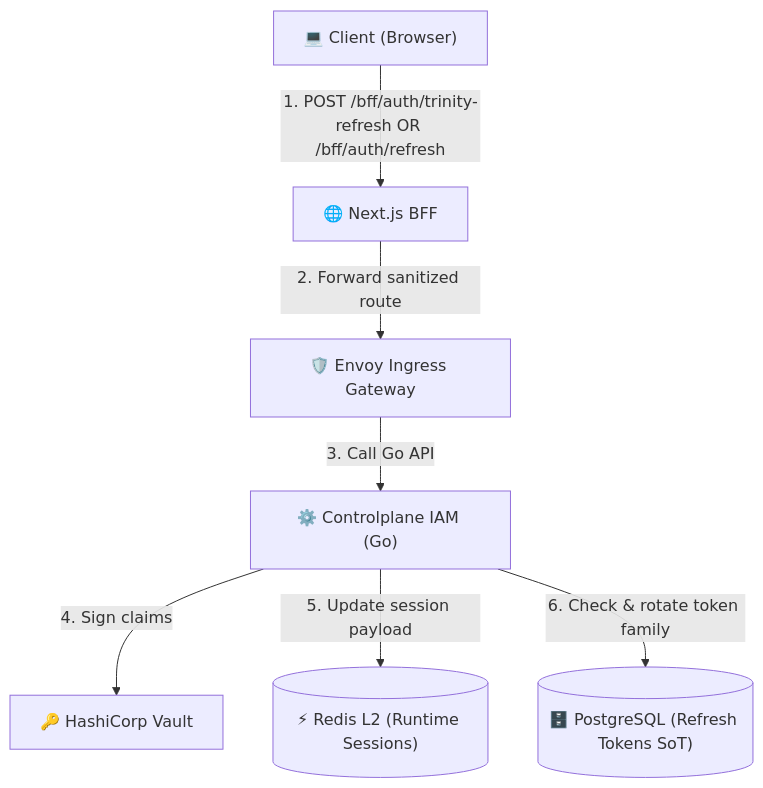
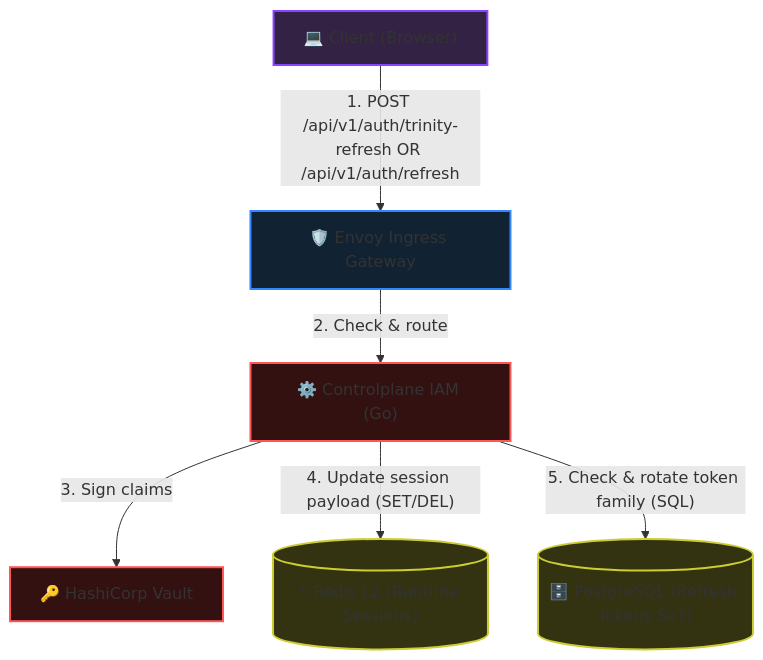
Before and after one commit to phucle996/aurora: the first of 3 diagrams in god_view/iam/user_refresh_god_view_workflow.md, drawn with Mermaid. The commit also changed other lines of this file and 62 other files, not shown here.

Commit message:
feat: integrate control plane client into ACL service and modularize authentication flows with dynamic bypass support

````diff
--- a/god_view/iam/user_refresh_god_view_workflow.md
+++ b/god_view/iam/user_refresh_god_view_workflow.md
@@ -34,17 +29,21 @@
 ```mermaid
 graph TD
-    Client["💻 Client (Browser)"]
-    BFF["🌐 Next.js BFF"]
-    Envoy["🛡️ Envoy Ingress Gateway"]
-    CP["⚙️ Controlplane IAM (Go)"]
-    Vault["🔑 HashiCorp Vault"]
-    Redis[("⚡ Redis L2 (Runtime Sessions)")]
-    DB[("🗄️ PostgreSQL (Refresh Tokens SoT)")]
+    classDef client fill:#332244,stroke:#8844ff,stroke-width:2px;
+    classDef gateway fill:#112233,stroke:#3388ff,stroke-width:2px;
+    classDef edgeService fill:#113322,stroke:#33cc88,stroke-width:2px;
+    classDef storage fill:#333311,stroke:#cccc33,stroke-width:2px;
+    classDef control fill:#331111,stroke:#ff5555,stroke-width:2px;
 
-    Client -- "1. POST /bff/auth/trinity-refresh OR /bff/auth/refresh" --> BFF
-    BFF -- "2. Forward sanitized route" --> Envoy
-    Envoy -- "3. Call Go API" --> CP
-    CP -- "4. Sign claims" --> Vault
-    CP -- "5. Update session payload" --> Redis
-    CP -- "6. Check & rotate token family" --> DB
+    Client["💻 Client (Browser)"]:::client
+    Envoy["🛡️ Envoy Ingress Gateway"]:::gateway
+    CP["⚙️ Controlplane IAM (Go)"]:::control
+    Vault["🔑 HashiCorp Vault"]:::control
+    Redis[("⚡ Redis L2 (Runtime Sessions)")]:::storage
+    DB[("🗄️ PostgreSQL (Refresh Tokens SoT)")]:::storage
+
+    Client -- "1. POST /api/v1/auth/trinity-refresh OR /api/v1/auth/refresh" --> Envoy
+    Envoy -- "2. Check & route" --> CP
+    CP -- "3. Sign claims" --> Vault
+    CP -- "4. Update session payload (SET/DEL)" --> Redis
+    CP -- "5. Check & rotate token family (SQL)" --> DB
 ```
````
